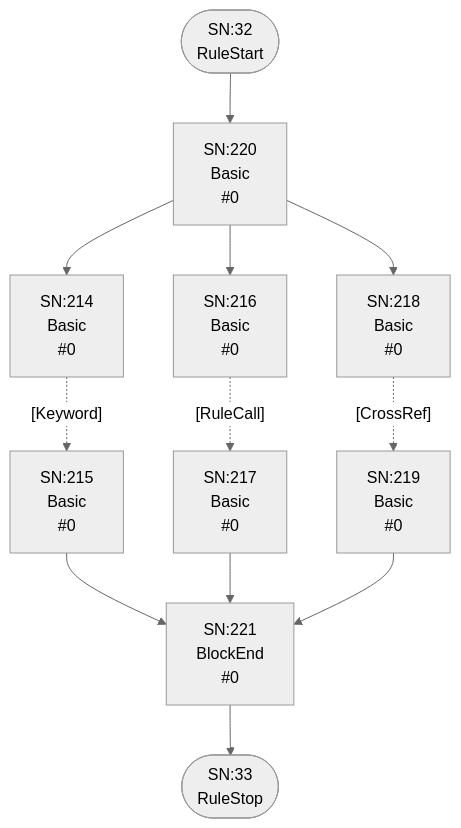
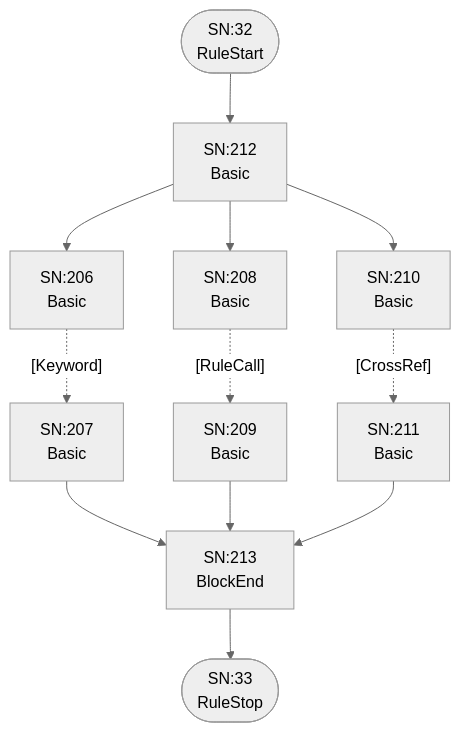
Diagram 17 of 25 in internal/grammar/atn.md (TypeFox/fastbelt), drawn with Mermaid (neutral theme) before and after one commit. The commit also changed other lines of this file and 7 other files, not shown here.

````diff
--- a/internal/grammar/atn.md
+++ b/internal/grammar/atn.md
@@ -538,25 +538,25 @@
 ```mermaid
 flowchart TD
     q32(["SN:32<br/>RuleStart"])
     q33(["SN:33<br/>RuleStop"])
-    q214["SN:214<br/>Basic<br/> #0"]
-    q215["SN:215<br/>Basic<br/> #0"]
-    q216["SN:216<br/>Basic<br/> #0"]
-    q217["SN:217<br/>Basic<br/> #0"]
-    q218["SN:218<br/>Basic<br/> #0"]
-    q219["SN:219<br/>Basic<br/> #0"]
-    q220["SN:220<br/>Basic<br/> #0"]
-    q221["SN:221<br/>BlockEnd<br/> #0"]
+    q206["SN:206<br/>Basic<br/>"]
+    q207["SN:207<br/>Basic<br/>"]
+    q208["SN:208<br/>Basic<br/>"]
+    q209["SN:209<br/>Basic<br/>"]
+    q210["SN:210<br/>Basic<br/>"]
+    q211["SN:211<br/>Basic<br/>"]
+    q212["SN:212<br/>Basic<br/>"]
+    q213["SN:213<br/>BlockEnd<br/>"]
 
-    q32 --> q220
-    q214 -.->|"[Keyword]"| q215
-    q215 --> q221
-    q216 -.->|"[RuleCall]"| q217
-    q217 --> q221
-    q218 -.->|"[CrossRef]"| q219
-    q219 --> q221
-    q220 --> q214
-    q220 --> q216
-    q220 --> q218
-    q221 --> q33
+    q32 --> q212
+    q206 -.->|"[Keyword]"| q207
+    q207 --> q213
+    q208 -.->|"[RuleCall]"| q209
+    q209 --> q213
+    q210 -.->|"[CrossRef]"| q211
+    q211 --> q213
+    q212 --> q206
+    q212 --> q208
+    q212 --> q210
+    q213 --> q33
 ```
````
